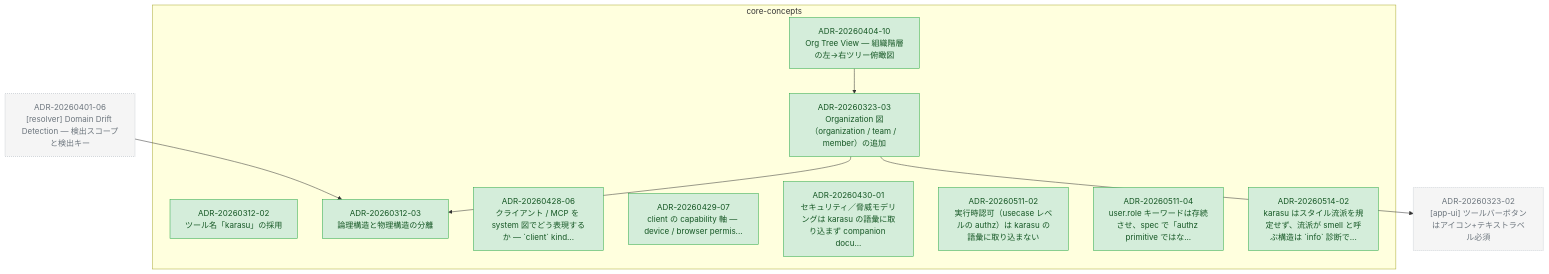
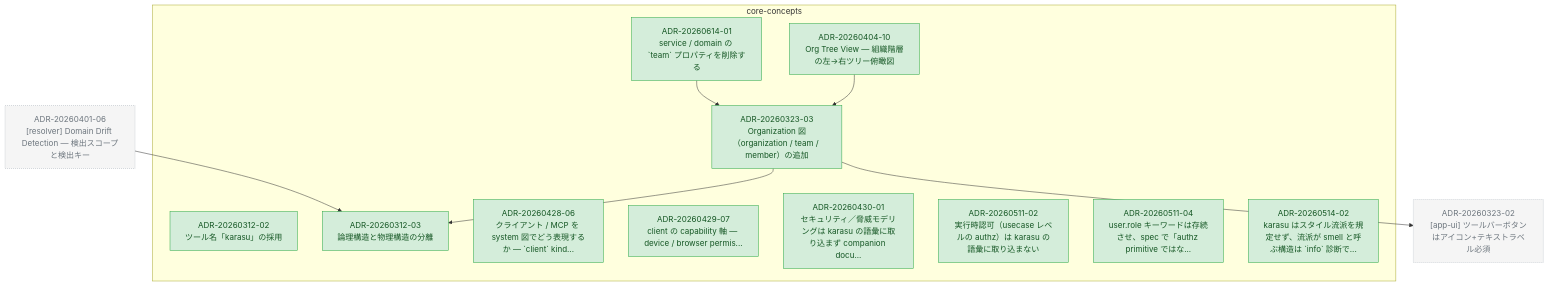
The diagram in docs/adr/graph/core-concepts.md (kompiro/karasu), drawn with Mermaid before and after one commit. The commit also changed other lines of this file and 33 other files, not shown here.

First line of the commit message:
feat(core)!: remove the deprecated team property on service/domain

````diff
--- a/docs/adr/graph/core-concepts.md
+++ b/docs/adr/graph/core-concepts.md
@@ -6,40 +6,43 @@
 ```mermaid
 flowchart TD
   subgraph core-concepts["core-concepts"]
     ADR_20260312_02["ADR-20260312-02<br/>ツール名「karasu」の採用"]
     ADR_20260312_03["ADR-20260312-03<br/>論理構造と物理構造の分離"]
     ADR_20260323_03["ADR-20260323-03<br/>Organization 図（organization / team / member）の追加"]
     ADR_20260404_10["ADR-20260404-10<br/>Org Tree View — 組織階層の左→右ツリー俯瞰図"]
     ADR_20260428_06["ADR-20260428-06<br/>クライアント / MCP を system 図でどう表現するか — `client` kind..."]
     ADR_20260429_07["ADR-20260429-07<br/>client の capability 軸 — device / browser permis..."]
     ADR_20260430_01["ADR-20260430-01<br/>セキュリティ／脅威モデリングは karasu の語彙に取り込まず companion docu..."]
     ADR_20260511_02["ADR-20260511-02<br/>実行時認可（usecase レベルの authz）は karasu の語彙に取り込まない"]
     ADR_20260511_04["ADR-20260511-04<br/>user.role キーワードは存続させ、spec で「authz primitive ではな..."]
     ADR_20260514_02["ADR-20260514-02<br/>karasu はスタイル流派を規定せず、流派が smell と呼ぶ構造は `info` 診断で..."]
+    ADR_20260614_01["ADR-20260614-01<br/>service / domain の `team` プロパティを削除する"]
   end
   ADR_20260323_02["ADR-20260323-02<br/>[app-ui] ツールバーボタンはアイコン+テキストラベル必須"]
   ADR_20260401_06["ADR-20260401-06<br/>[resolver] Domain Drift Detection — 検出スコープと検出キー"]
   ADR_20260323_03 --> ADR_20260312_03
   ADR_20260323_03 --> ADR_20260323_02
   ADR_20260404_10 --> ADR_20260323_03
+  ADR_20260614_01 --> ADR_20260323_03
   ADR_20260401_06 --> ADR_20260312_03
 
   classDef accepted fill:#d4edda,stroke:#28a745,color:#155724
   classDef proposed fill:#fff3cd,stroke:#ffc107,color:#856404
   classDef deprecated fill:#f8d7da,stroke:#dc3545,color:#721c24
   classDef superseded fill:#e2e3e5,stroke:#6c757d,color:#383d41
   classDef not_adopted fill:#e2e3e5,stroke:#6c757d,color:#383d41,stroke-dasharray:3 3
   classDef ghost fill:#f5f5f5,stroke:#adb5bd,color:#6c757d,stroke-dasharray:2 2
   class ADR_20260312_02 accepted
   class ADR_20260312_03 accepted
   class ADR_20260323_03 accepted
   class ADR_20260404_10 accepted
   class ADR_20260428_06 accepted
   class ADR_20260429_07 accepted
   class ADR_20260430_01 accepted
   class ADR_20260511_02 accepted
   class ADR_20260511_04 accepted
   class ADR_20260514_02 accepted
+  class ADR_20260614_01 accepted
   class ADR_20260323_02 ghost
   class ADR_20260401_06 ghost
 ```
````
